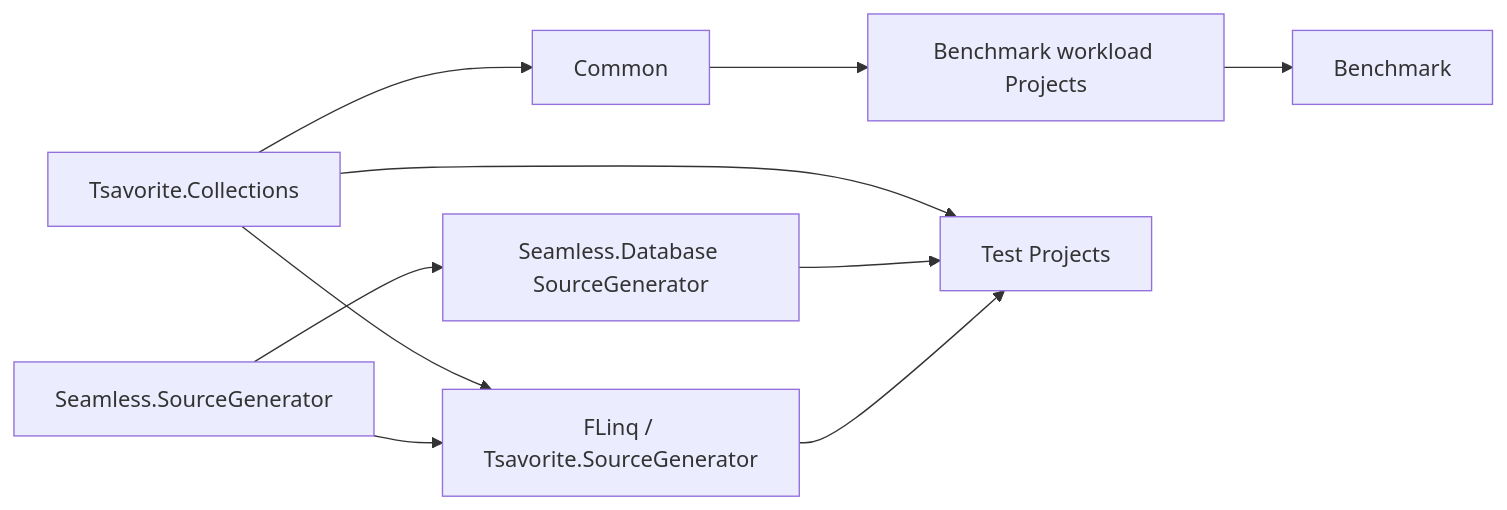
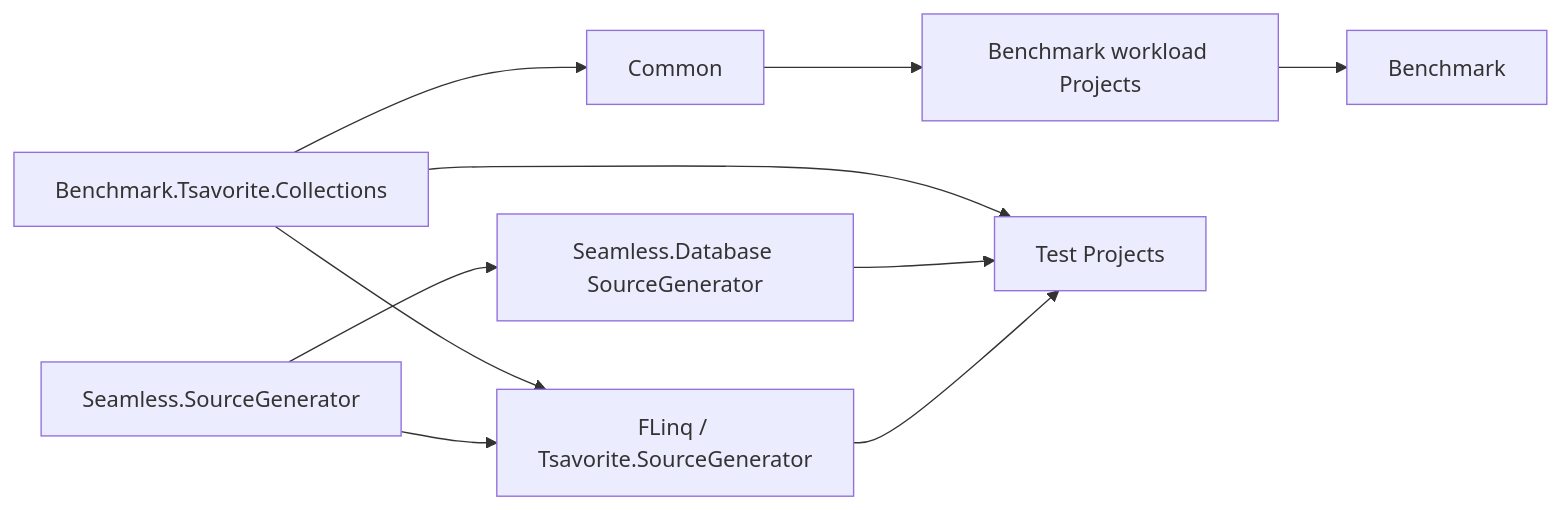
Before and after one commit to AloneCraft/Seamless: the diagram in Document/Code/Internal/StructuralDiagrams/ComponentDiagram.md, drawn with Mermaid. The commit also changed other lines of this file and 198 other files, not shown here.

````diff
--- a/Document/Code/Internal/StructuralDiagrams/ComponentDiagram.md
+++ b/Document/Code/Internal/StructuralDiagrams/ComponentDiagram.md
@@ -17,21 +17,21 @@
 ```mermaid
 flowchart LR
     Shared[Seamless.SourceGenerator]
     FLinq[FLinq / Tsavorite.SourceGenerator]
     DB[Seamless.Database SourceGenerator]
-    Collections[Tsavorite.Collections]
+    Collections[Benchmark.Tsavorite.Collections]
     BenchShared[Common]
     BenchProjects[Benchmark workload Projects]
     Tests[Test Projects]
     Uno[Benchmark]
 
     Shared --> FLinq
     Shared --> DB
     Collections --> FLinq
     Collections --> BenchShared
     FLinq --> Tests
     DB --> Tests
     Collections --> Tests
     BenchShared --> BenchProjects
     BenchProjects --> Uno
 ```
````
